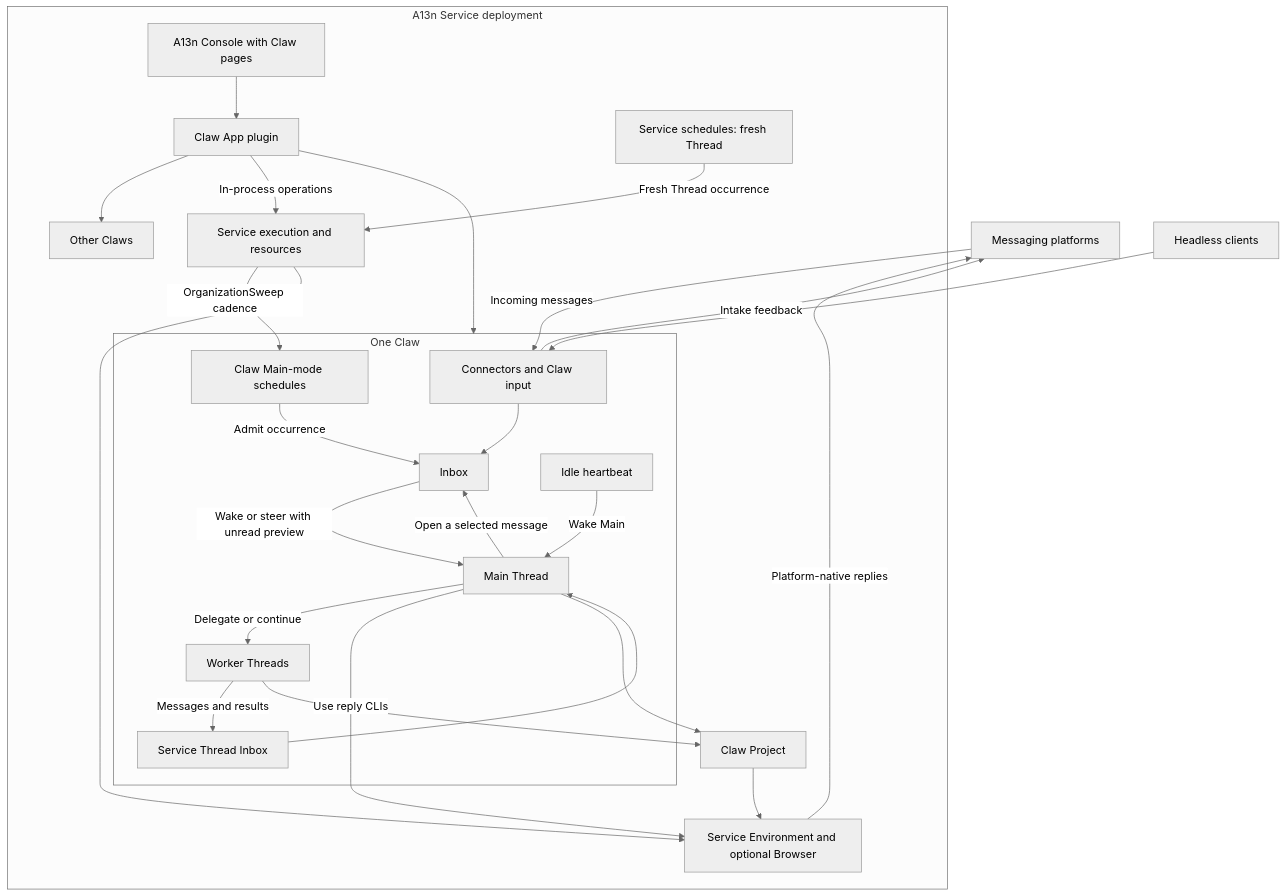
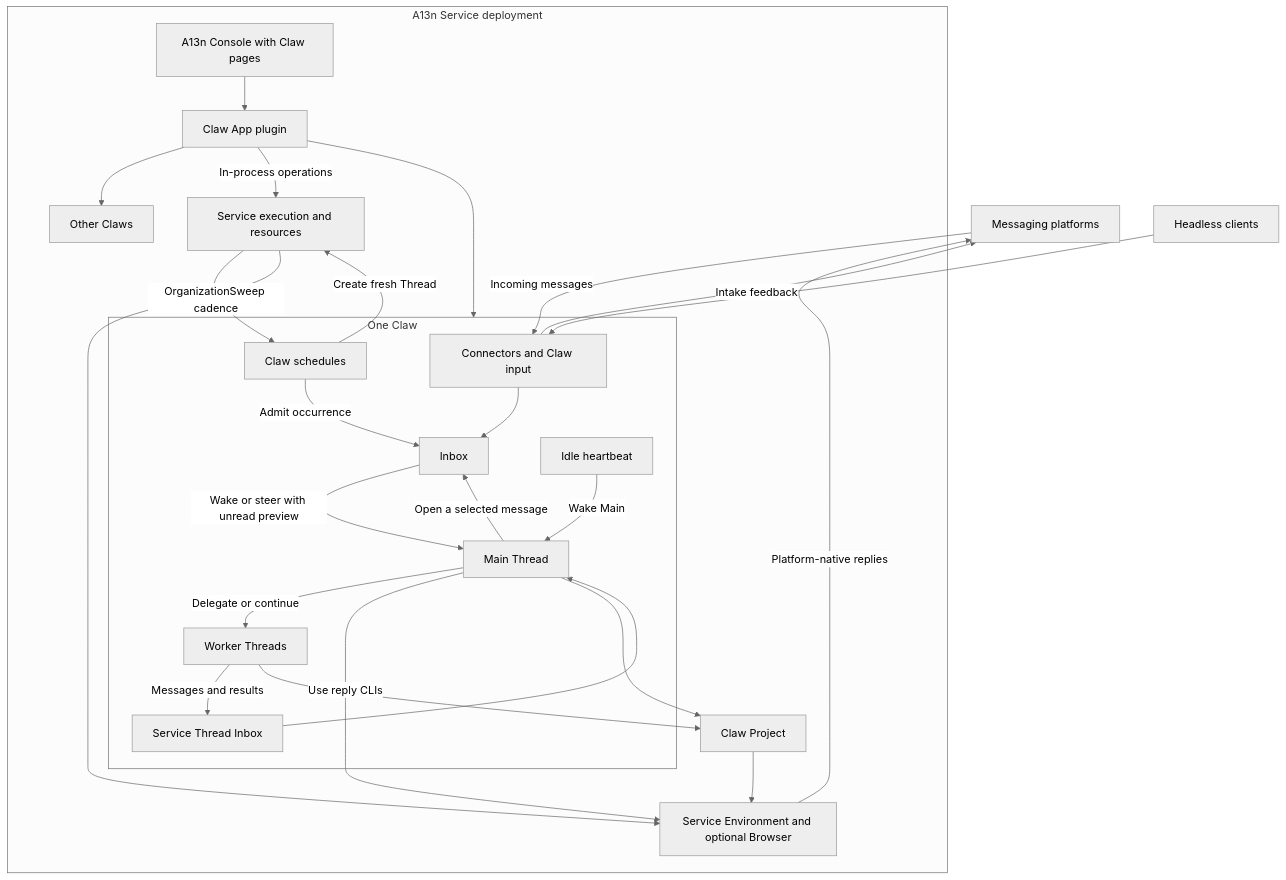
Before and after one commit to Wh1isper/a13n-claw: the first of 2 diagrams in spec/00-overview.md, drawn with Mermaid (neutral theme). The commit also changed other lines of this file and 26 other files, not shown here.

First line of the commit message:
feat(claw): unify Main and Fresh schedules

````diff
--- a/spec/00-overview.md
+++ b/spec/00-overview.md
@@ -11,46 +11,45 @@
 ```mermaid
 flowchart TB
     Platforms[Messaging platforms]
     Clients[Headless clients]
     subgraph Deployment[A13n Service deployment]
         Console[A13n Console with Claw pages]
         App[Claw App plugin]
         subgraph A[One Claw]
             Connector[Connectors and Claw input]
             Inbox[Inbox]
             Main[Main Thread]
             Workers[Worker Threads]
             ThreadInbox[Service Thread Inbox]
             Heartbeat[Idle heartbeat]
-            ClawSchedule[Claw Main-mode schedules]
+            ClawSchedule[Claw schedules]
             Connector --> Inbox
             Inbox -->|Wake or steer with unread preview| Main
             Main -->|Open a selected message| Inbox
             Main -->|Delegate or continue| Workers
             Workers -->|Messages and results| ThreadInbox
             ThreadInbox --> Main
             Heartbeat -->|Wake Main| Main
             ClawSchedule -->|Admit occurrence| Inbox
         end
         B[Other Claws]
         Service[Service execution and resources]
-        Scheduler[Service schedules: fresh Thread]
         Project[Claw Project]
         Work[Service Environment and optional Browser]
         Console --> App
         App --> A
         App --> B
         App -->|In-process operations| Service
         Service -->|OrganizationSweep cadence| ClawSchedule
-        Scheduler -->|Fresh Thread occurrence| Service
+        ClawSchedule -->|Create fresh Thread| Service
         Main -->|Use reply CLIs| Work
         Main --> Project
         Workers --> Project
         Project --> Work
         Service --> Work
     end
     Platforms -->|Incoming messages| Connector
     Connector -->|Intake feedback| Platforms
     Work -->|Platform-native replies| Platforms
     Clients --> Connector
 ```
````
